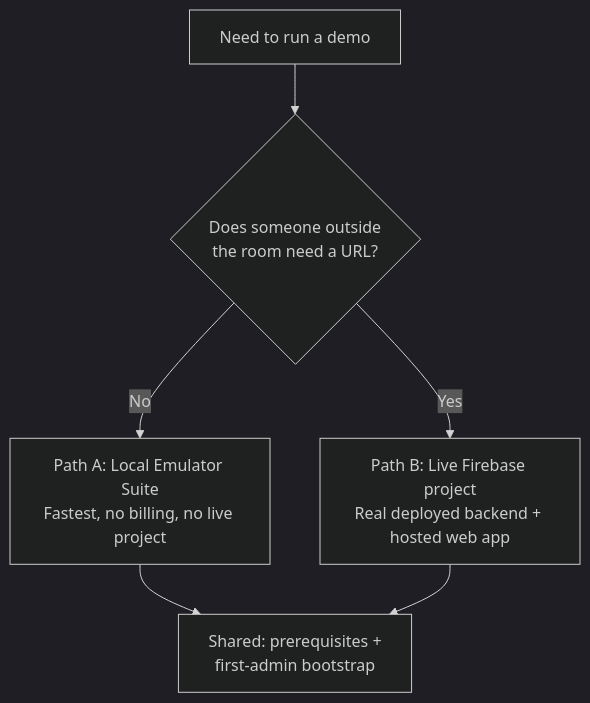
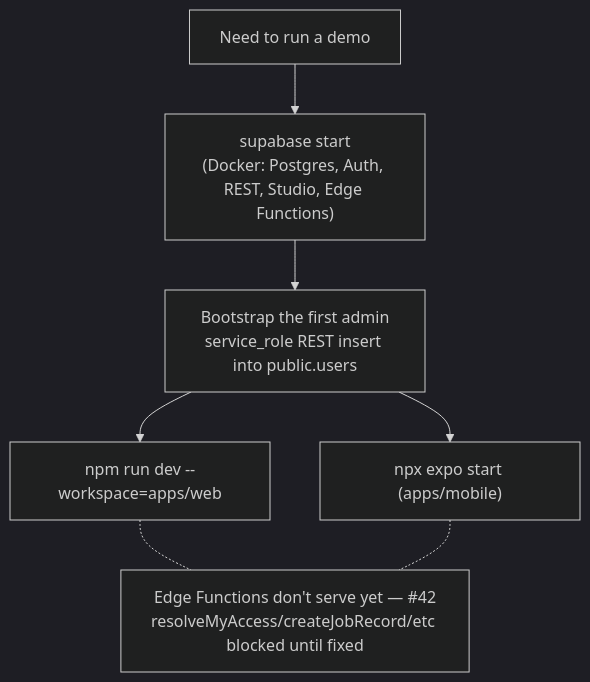
One commit to fluffygeek/LiveOakv3 changed the first of 2 diagrams in docs/deploy-demo.md. Above: the diagram before and after it, drawn with Mermaid (dark theme). The commit also changed other lines of this file, not shown here.

First line of the commit message:
Rewrite deploy-demo.md for the Supabase CLI local stack (#31)

````diff
--- a/docs/deploy-demo.md
+++ b/docs/deploy-demo.md
@@ -16,8 +20,9 @@
 ```mermaid
 flowchart TD
-    Start["Need to run a demo"] --> Q{"Does someone outside\nthe room need a URL?"}
-    Q -- "No" --> A["Path A: Local Emulator Suite\nFastest, no billing, no live project"]
-    Q -- "Yes" --> B["Path B: Live Firebase project\nReal deployed backend + hosted web app"]
-    A --> Prereq["Shared: prerequisites +\nfirst-admin bootstrap"]
-    B --> Prereq
+    Start["Need to run a demo"] --> Stack["supabase start\n(Docker: Postgres, Auth, REST, Studio, Edge Functions)"]
+    Stack --> Bootstrap["Bootstrap the first admin\nservice_role REST insert into public.users"]
+    Bootstrap --> Web["npm run dev --workspace=apps/web"]
+    Bootstrap --> Mobile["npx expo start (apps/mobile)"]
+    Web -.- Gap["Edge Functions don't serve yet — #42\nresolveMyAccess/createJobRecord/etc blocked until fixed"]
+    Mobile -.- Gap
 ```
````
